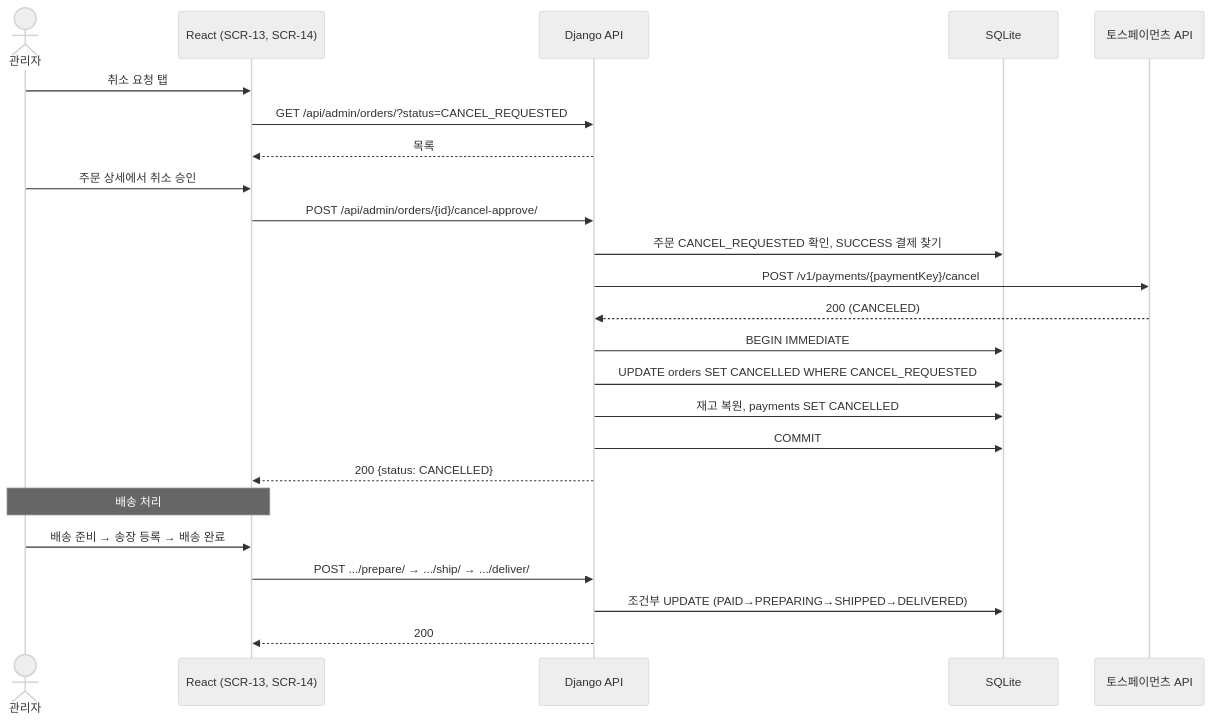
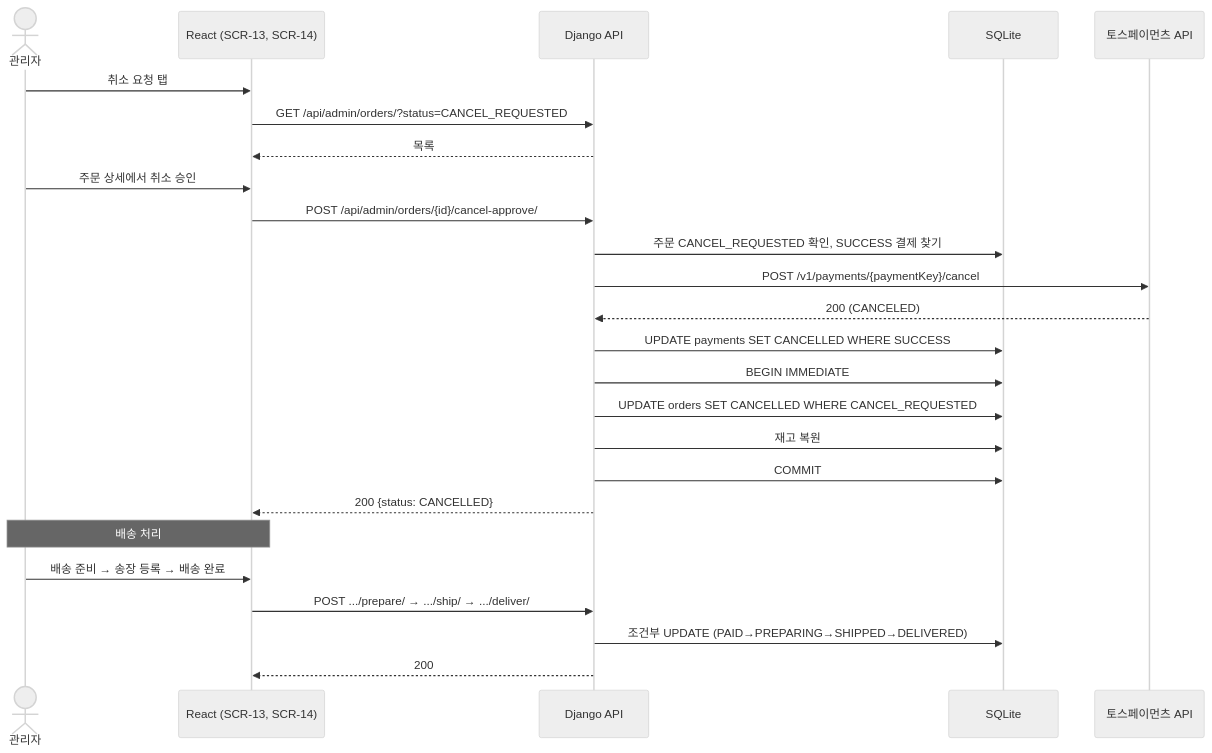
The diagram in docs/specs/sdd/4-components/8-admin-orders.md (seren-wib/coffee-shop), drawn with Mermaid (neutral theme) before and after one commit. The commit also changed other lines of this file and 14 other files, not shown here.

````diff
--- a/docs/specs/sdd/4-components/8-admin-orders.md
+++ b/docs/specs/sdd/4-components/8-admin-orders.md
@@ -77,26 +77,27 @@
 ```mermaid
 sequenceDiagram
   actor A as 관리자
   participant UI as React (SCR-13, SCR-14)
   participant API as Django API
   participant DB as SQLite
   participant PG as 토스페이먼츠 API
   A->>UI: 취소 요청 탭
   UI->>API: GET /api/admin/orders/?status=CANCEL_REQUESTED
   API-->>UI: 목록
   A->>UI: 주문 상세에서 취소 승인
   UI->>API: POST /api/admin/orders/{id}/cancel-approve/
   API->>DB: 주문 CANCEL_REQUESTED 확인, SUCCESS 결제 찾기
   API->>PG: POST /v1/payments/{paymentKey}/cancel
   PG-->>API: 200 (CANCELED)
+  API->>DB: UPDATE payments SET CANCELLED WHERE SUCCESS
   API->>DB: BEGIN IMMEDIATE
   API->>DB: UPDATE orders SET CANCELLED WHERE CANCEL_REQUESTED
-  API->>DB: 재고 복원, payments SET CANCELLED
+  API->>DB: 재고 복원
   API->>DB: COMMIT
   API-->>UI: 200 {status: CANCELLED}
   Note over A,UI: 배송 처리
   A->>UI: 배송 준비 → 송장 등록 → 배송 완료
   UI->>API: POST .../prepare/ → .../ship/ → .../deliver/
   API->>DB: 조건부 UPDATE (PAID→PREPARING→SHIPPED→DELIVERED)
   API-->>UI: 200
 ```
````
